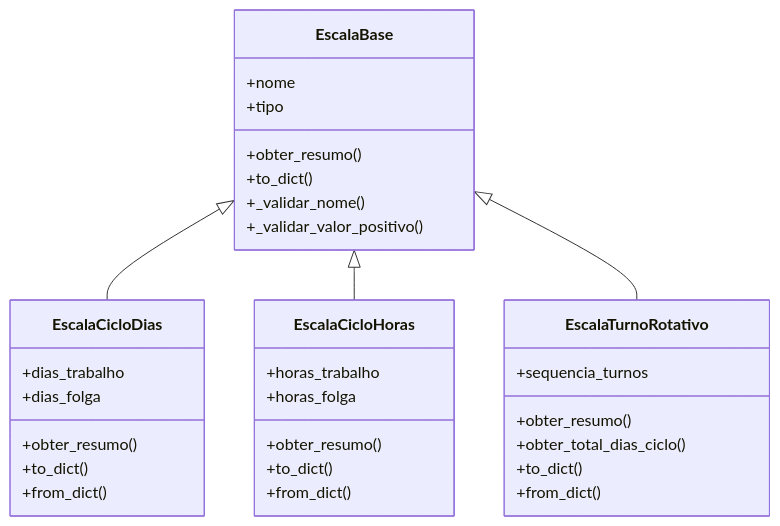
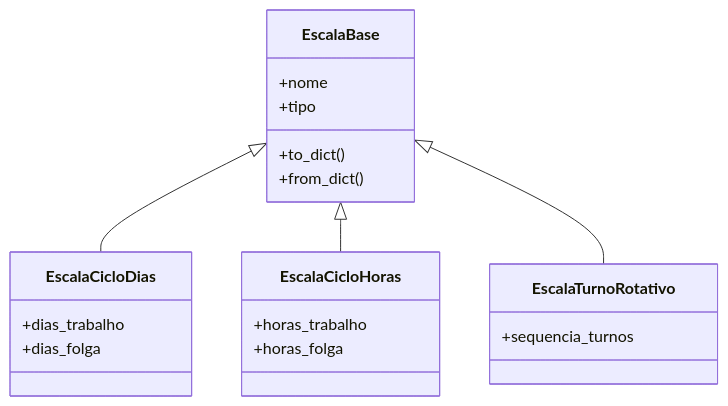
The first of 5 diagrams in README.md (Dinox75/simulador-escala-trabalho), drawn with Mermaid before and after one commit. The commit also changed other lines of this file and 1 other file, not shown here.

````diff
--- a/README.md
+++ b/README.md
@@ -523,39 +405,27 @@
 ```mermaid
 classDiagram
     class EscalaBase {
         +nome
         +tipo
-        +obter_resumo()
         +to_dict()
-        +_validar_nome()
-        +_validar_valor_positivo()
+        +from_dict()
     }
 
     class EscalaCicloDias {
         +dias_trabalho
         +dias_folga
-        +obter_resumo()
-        +to_dict()
-        +from_dict()
     }
 
     class EscalaCicloHoras {
         +horas_trabalho
         +horas_folga
-        +obter_resumo()
-        +to_dict()
-        +from_dict()
     }
 
     class EscalaTurnoRotativo {
         +sequencia_turnos
-        +obter_resumo()
-        +obter_total_dias_ciclo()
-        +to_dict()
-        +from_dict()
     }
 
     EscalaBase <|-- EscalaCicloDias
     EscalaBase <|-- EscalaCicloHoras
     EscalaBase <|-- EscalaTurnoRotativo
 ```
````
